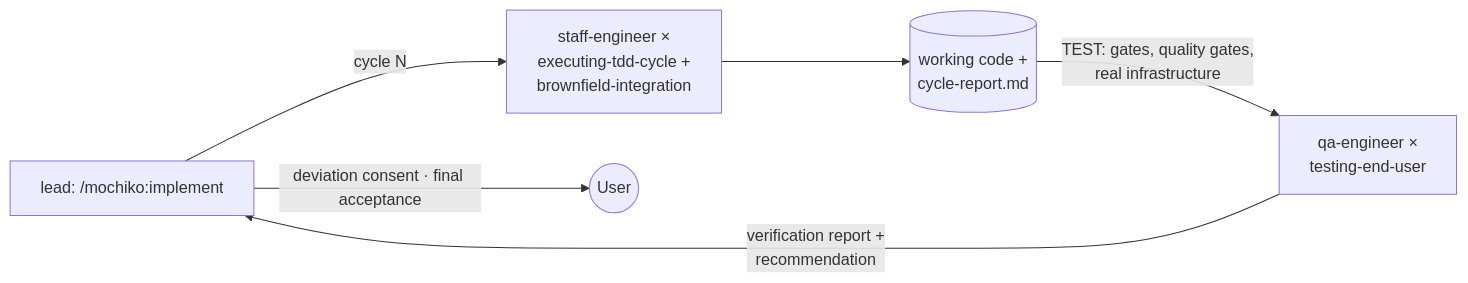
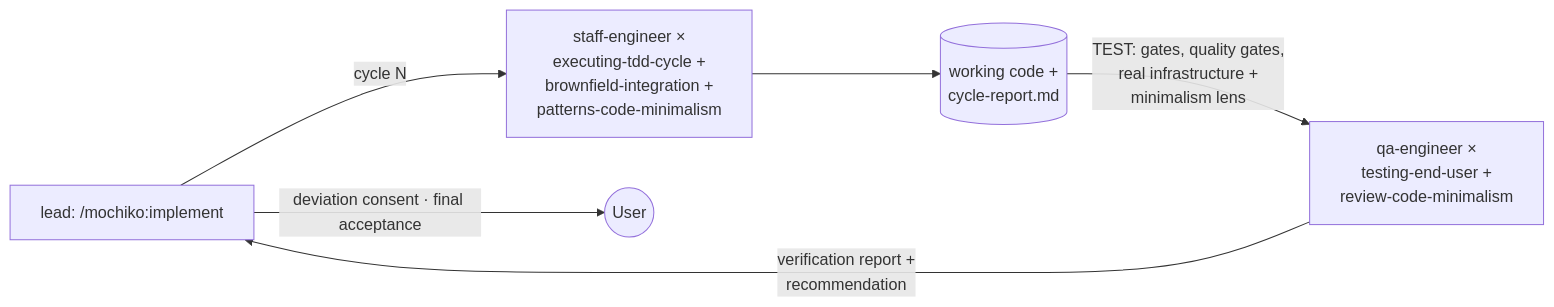
The seventh of 7 diagrams in ARCHITECTURE.md (humaninloop-dev/mochiko), drawn with Mermaid before and after one commit. The commit also changed other lines of this file and 24 other files, not shown here.

First line of the commit message:
Build code-minimalism ladder + review lens (v0.53.0)

````diff
--- a/ARCHITECTURE.md
+++ b/ARCHITECTURE.md
@@ -252,11 +252,11 @@
 ```mermaid
 flowchart LR
   lead["lead: /mochiko:implement"]
-  se["staff-engineer ×<br/>executing-tdd-cycle +<br/>brownfield-integration"]
-  qa["qa-engineer ×<br/>testing-end-user"]
+  se["staff-engineer ×<br/>executing-tdd-cycle +<br/>brownfield-integration +<br/>patterns-code-minimalism"]
+  qa["qa-engineer ×<br/>testing-end-user +<br/>review-code-minimalism"]
   lead -->|"cycle N"| se
   se --> code[("working code +<br/>cycle-report.md")]
-  code -->|"TEST: gates, quality gates,<br/>real infrastructure"| qa
+  code -->|"TEST: gates, quality gates,<br/>real infrastructure +<br/>minimalism lens"| qa
   qa -->|"verification report +<br/>recommendation"| lead
   lead -->|"deviation consent · final acceptance"| user(("User"))
 ```
````
